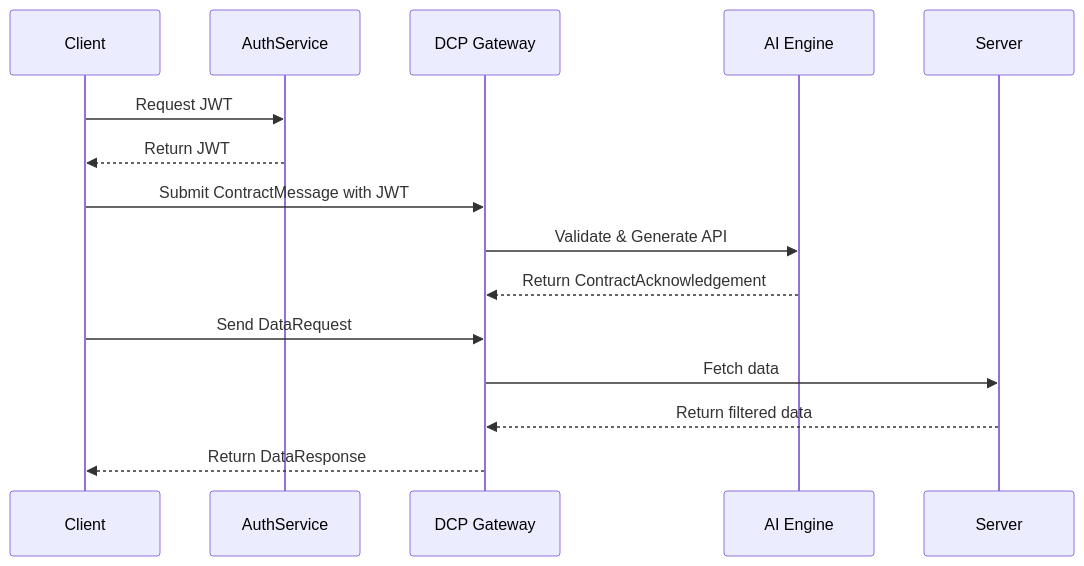
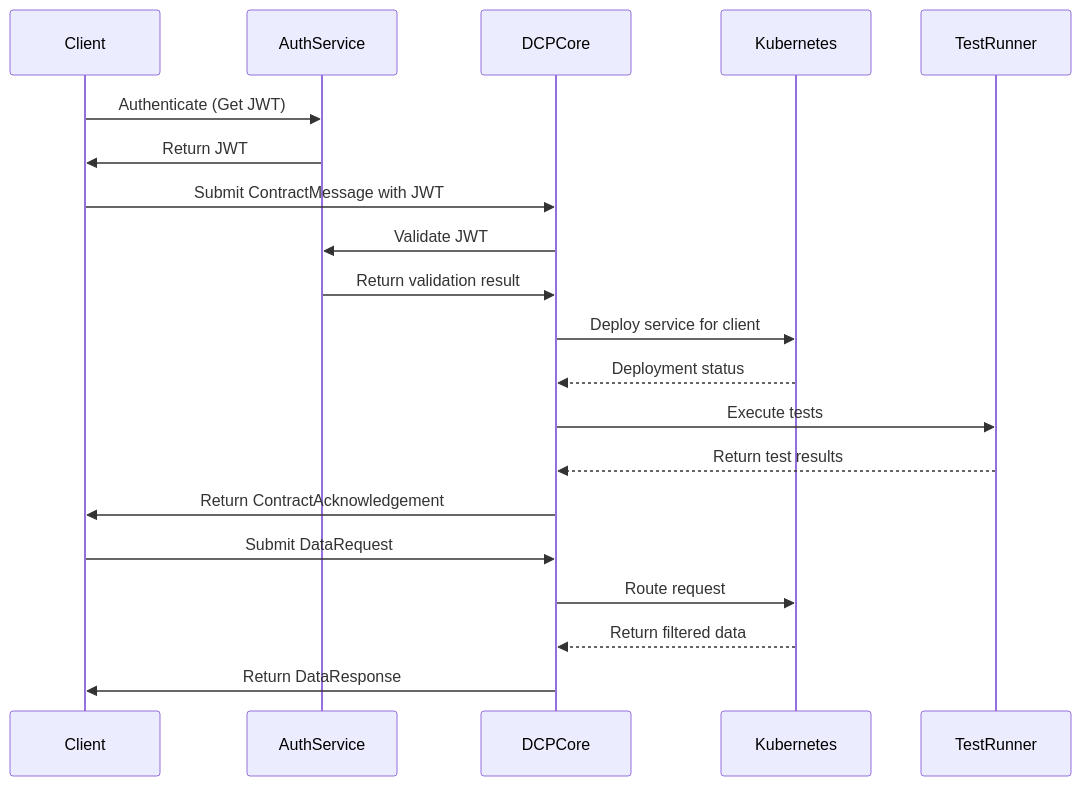
The diagram in README.md (gokayokutucu/dcp-spec), drawn with Mermaid before and after one commit. The commit also changed other lines of this file, not shown here.

Commit message:
docs: restore missing usage flow and discovery endpoint explanations in README

````diff
--- a/README.md
+++ b/README.md
@@ -115,20 +38,23 @@
 ```mermaid
 sequenceDiagram
   participant Client
   participant AuthService
-  participant DCP Gateway
-  participant AI Engine
-  participant Server
+  participant DCPCore
+  participant Kubernetes
+  participant TestRunner
 
-  Client->>AuthService: Request JWT
-  AuthService-->>Client: Return JWT
-
-  Client->>DCP Gateway: Submit ContractMessage with JWT
-  DCP Gateway->>AI Engine: Validate & Generate API
-  AI Engine-->>DCP Gateway: Return ContractAcknowledgement
-
-  Client->>DCP Gateway: Send DataRequest
-  DCP Gateway->>Server: Fetch data
-  Server-->>DCP Gateway: Return filtered data
-  DCP Gateway-->>Client: Return DataResponse
+  Client->>AuthService: Authenticate (Get JWT)
+  AuthService->>Client: Return JWT
+  Client->>DCPCore: Submit ContractMessage with JWT
+  DCPCore->>AuthService: Validate JWT
+  AuthService->>DCPCore: Return validation result
+  DCPCore->>Kubernetes: Deploy service for client
+  Kubernetes-->>DCPCore: Deployment status
+  DCPCore->>TestRunner: Execute tests
+  TestRunner-->>DCPCore: Return test results
+  DCPCore->>Client: Return ContractAcknowledgement
+  Client->>DCPCore: Submit DataRequest
+  DCPCore->>Kubernetes: Route request
+  Kubernetes-->>DCPCore: Return filtered data
+  DCPCore->>Client: Return DataResponse
 ```
````
